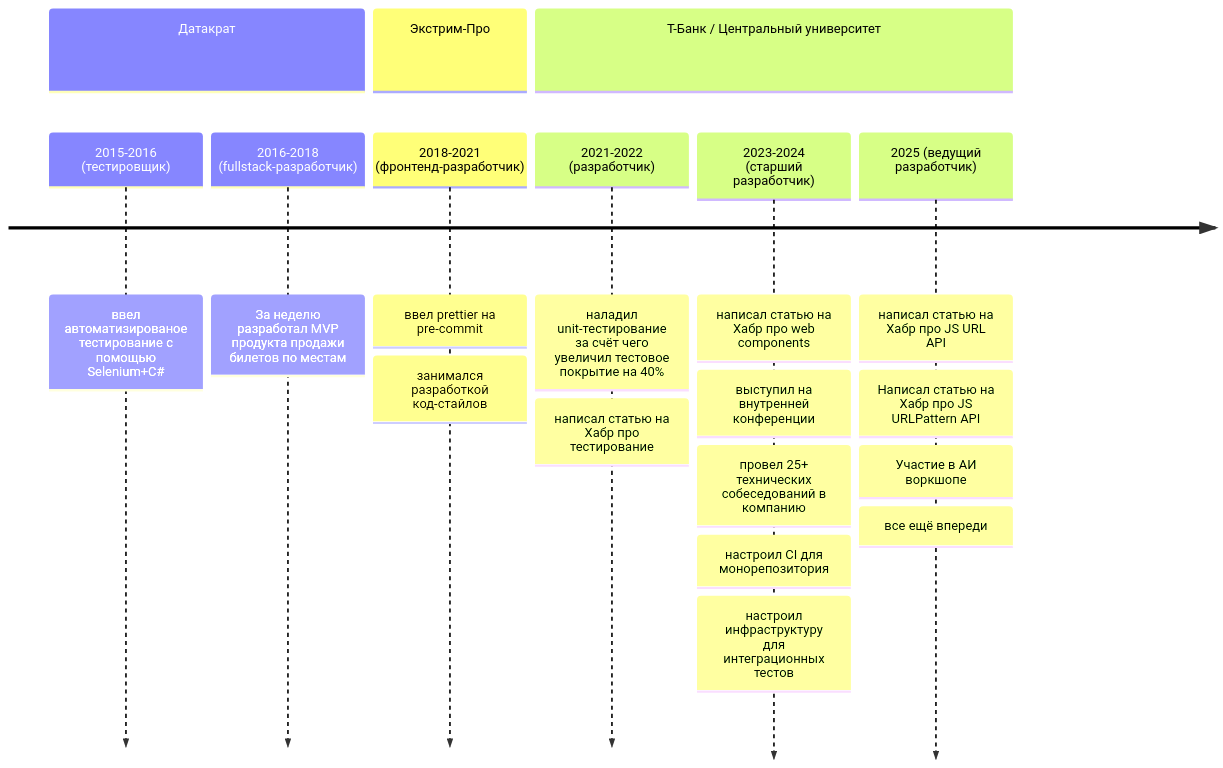
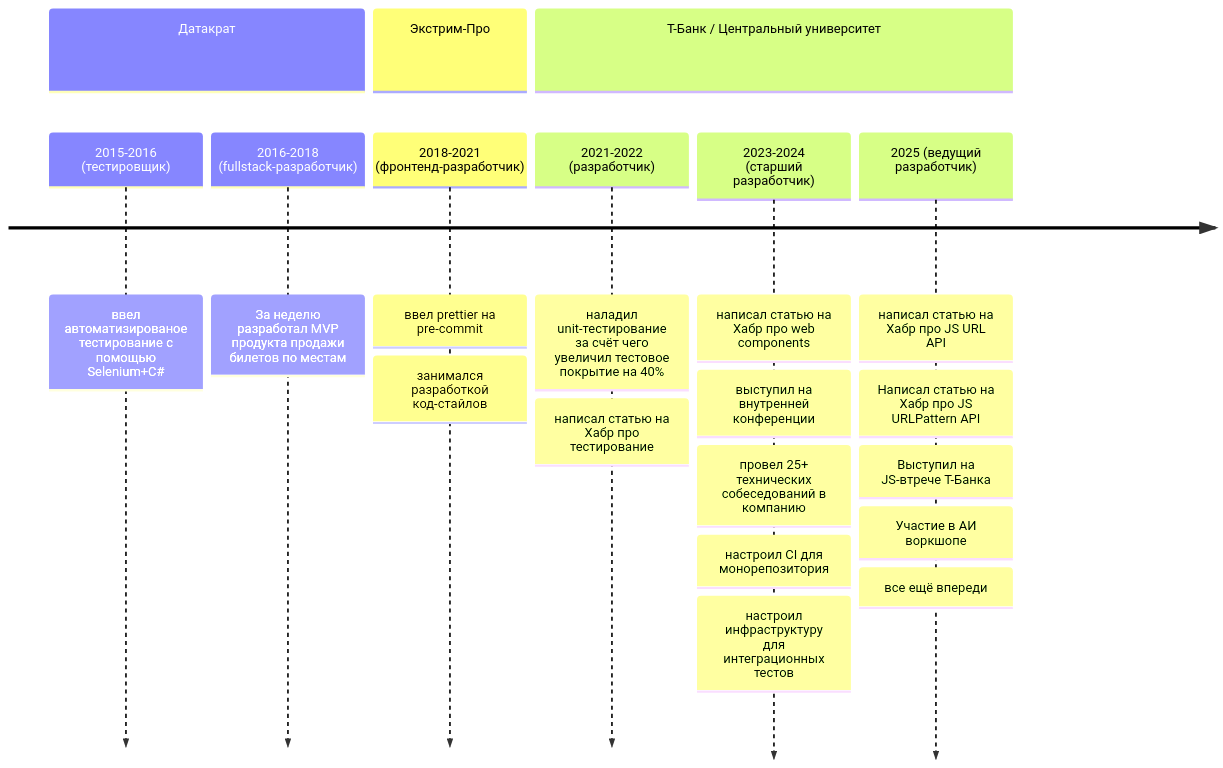
One commit to Goodzonchik/Goodzonchik changed the first of 4 diagrams in README.md. Above: the diagram before and after it, drawn with Mermaid. The commit also changed other lines of this file, not shown here.

````diff
--- a/README.md
+++ b/README.md
@@ -7,21 +7,22 @@
 ```mermaid
 timeline
     section Датакрат
         2015-2016 (тестировщик) : ввел автоматизированое тестирование с помощью Selenium+C#
         2016-2018 (fullstack-разработчик) : За неделю разработал MVP продукта продажи билетов по местам
     section Экстрим-Про
         2018-2021 (фронтенд-разработчик) : ввел prettier на pre-commit
                   : занимался разработкой код-стайлов
     section Т-Банк / Центральный университет
         2021-2022 (разработчик) : наладил unit-тестирование за счёт чего увеличил тестовое покрытие на 40%
                   : написал статью на Хабр про тестирование
         2023-2024 (старший разработчик) : написал статью на Хабр про web components
                   : выступил на внутренней конференции
                   : провел 25+ технических собеседований в компанию
                   : настроил CI для монорепозитория
                   : настроил инфраструктуру для интеграционных тестов
         2025 (ведущий разработчик) : написал статью на Хабр про JS URL API
                   : Написал статью на Хабр про JS URLPattern API
+                  : Выступил на JS-втрече Т-Банка
                   : Участие в АИ воркшопе
                   : все ещё впереди
 ```
````
